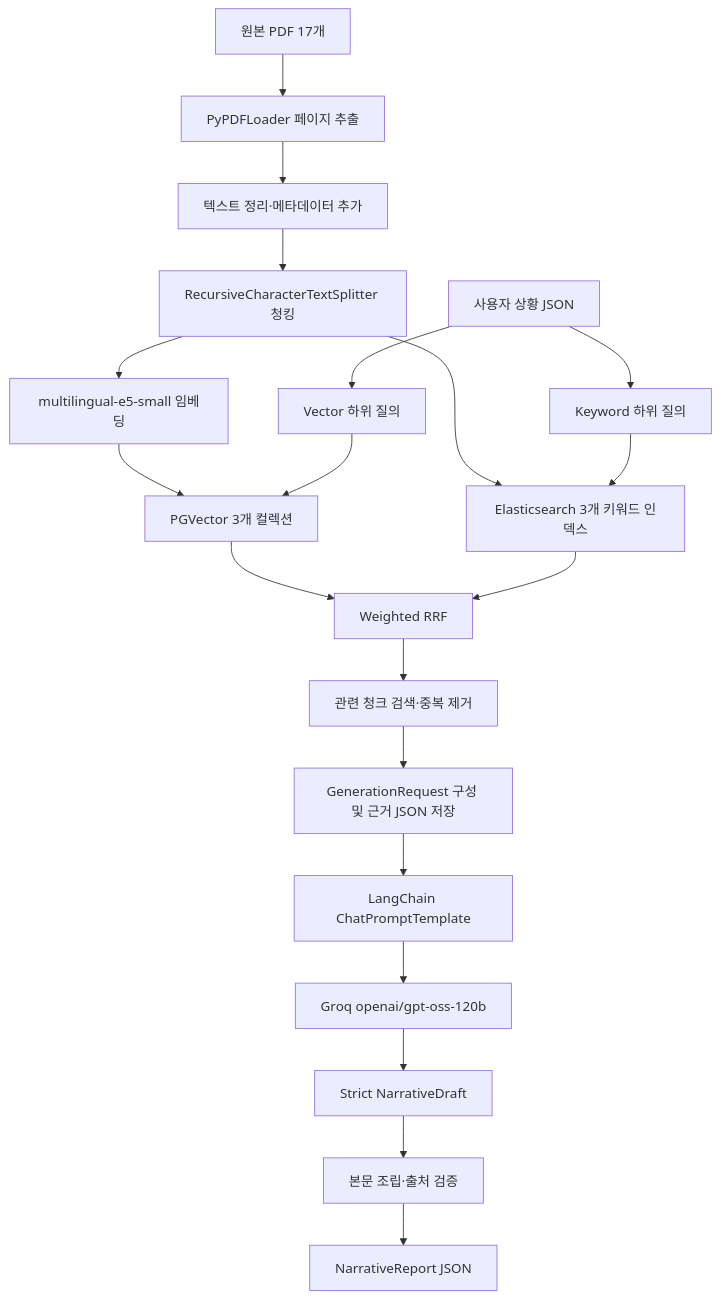
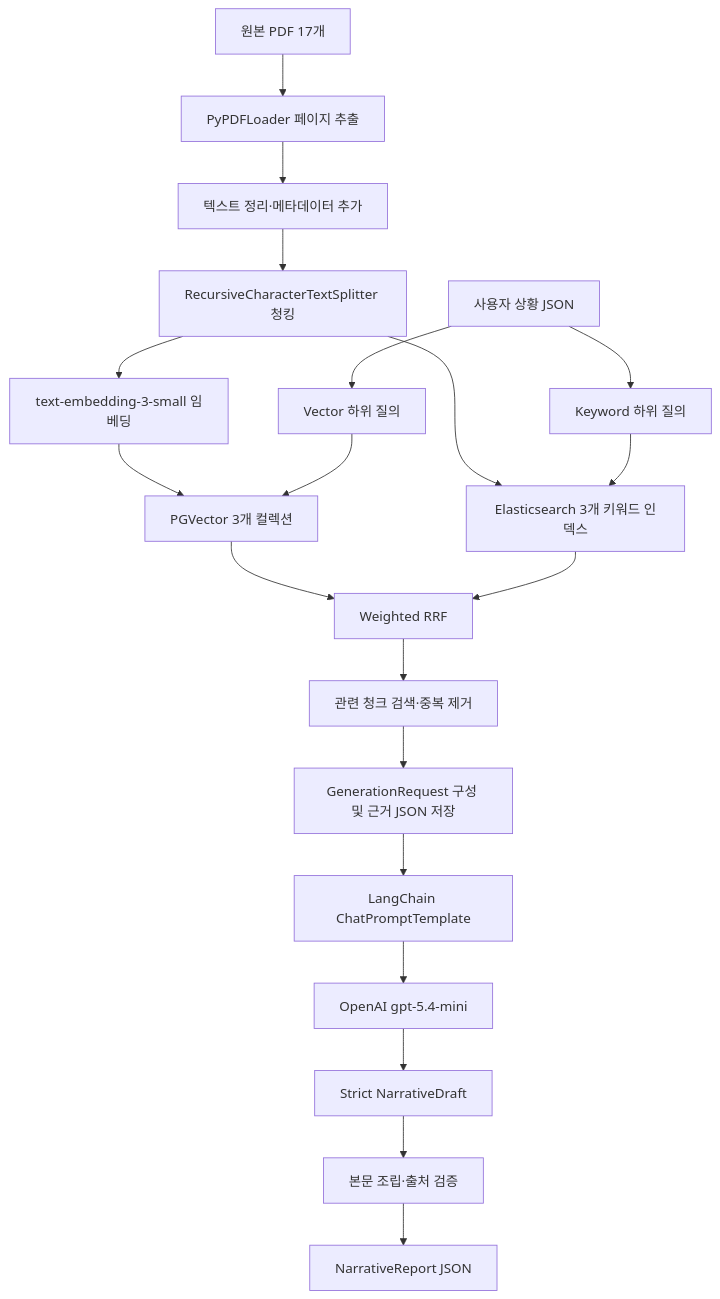
One commit to hjoo10200/RAG-personal-project changed the diagram in docs/IMPLEMENTATION_OVERVIEW.md. Above: the diagram before and after it, drawn with Mermaid. The commit also changed other lines of this file and 16 other files, not shown here.

````diff
--- a/docs/IMPLEMENTATION_OVERVIEW.md
+++ b/docs/IMPLEMENTATION_OVERVIEW.md
@@ -30,23 +30,23 @@
 ```mermaid
 flowchart TD
     A["원본 PDF 17개"] --> B["PyPDFLoader 페이지 추출"]
     B --> C["텍스트 정리·메타데이터 추가"]
     C --> D["RecursiveCharacterTextSplitter 청킹"]
-    D --> E["multilingual-e5-small 임베딩"]
+    D --> E["text-embedding-3-small 임베딩"]
     E --> F["PGVector 3개 컬렉션"]
     D --> K["Elasticsearch 3개 키워드 인덱스"]
 
     U["사용자 상황 JSON"] --> VQ["Vector 하위 질의"]
     U --> KQ["Keyword 하위 질의"]
     VQ --> F
     KQ --> K
     F --> H["Weighted RRF"]
     K --> H
     H --> R["관련 청크 검색·중복 제거"]
     R --> J["GenerationRequest 구성 및 근거 JSON 저장"]
     J --> P["LangChain ChatPromptTemplate"]
-    P --> L["Groq openai/gpt-oss-120b"]
+    P --> L["OpenAI gpt-5.4-mini"]
     L --> S["Strict NarrativeDraft"]
     S --> V["본문 조립·출처 검증"]
     V --> O["NarrativeReport JSON"]
 ```
````
